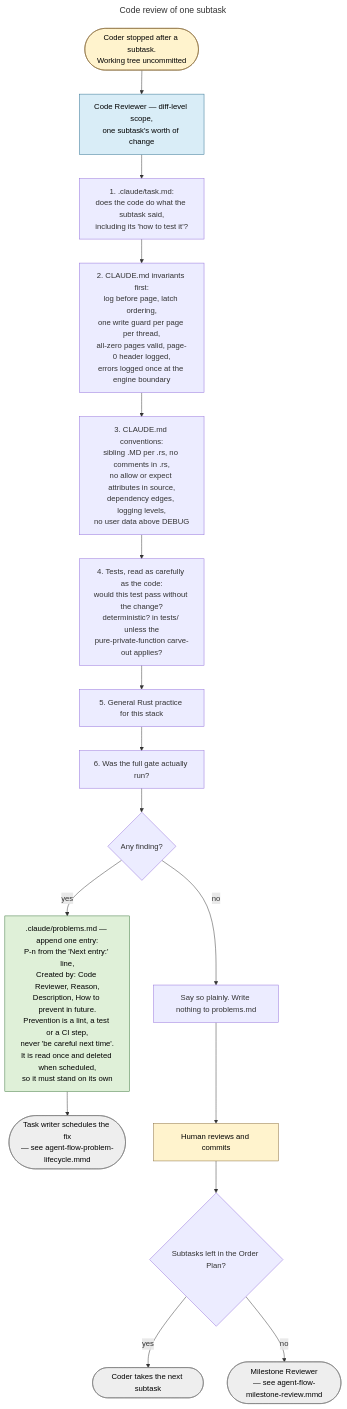
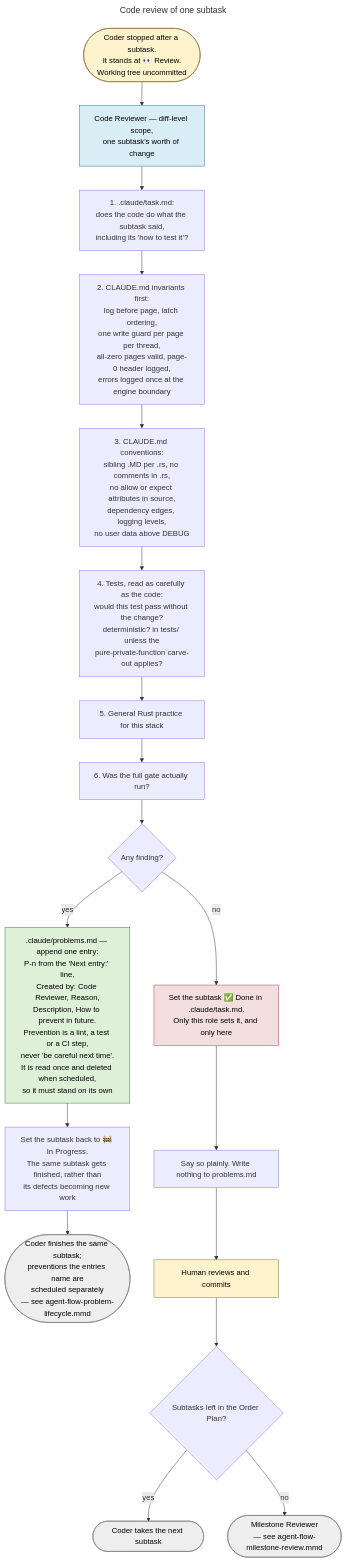
Before and after one commit to Dmitriy-G/simple_rdbms: the diagram in docs/diagrams/agent-flow-code-review.mmd, drawn with Mermaid. The commit also changed 10 other files, not shown here.

Commit message:
Change agents flow

```diff
--- a/docs/diagrams/agent-flow-code-review.mmd
+++ b/docs/diagrams/agent-flow-code-review.mmd
@@ -1,34 +1,38 @@
 ---
 title: Code review of one subtask
 ---
 flowchart TD
     classDef human fill:#fff3cd,stroke:#8a6d3b,color:#000
     classDef role fill:#d9edf7,stroke:#31708f,color:#000
     classDef channel fill:#dff0d8,stroke:#3c763d,color:#000
     classDef stop fill:#eeeeee,stroke:#777,color:#000
 
-    START(["Coder stopped after a subtask.<br/>Working tree uncommitted"]):::human
+    classDef gate fill:#f2dede,stroke:#a94442,color:#000
+
+    START(["Coder stopped after a subtask.<br/>It stands at 👀 Review.<br/>Working tree uncommitted"]):::human
     CR["Code Reviewer — diff-level scope,<br/>one subtask's worth of change"]:::role
 
     C1["1. .claude/task.md:<br/>does the code do what the subtask said,<br/>including its 'how to test it'?"]
     C2["2. CLAUDE.md invariants first:<br/>log before page, latch ordering,<br/>one write guard per page per thread,<br/>all-zero pages valid, page-0 header logged,<br/>errors logged once at the engine boundary"]
     C3["3. CLAUDE.md conventions:<br/>sibling .MD per .rs, no comments in .rs,<br/>no allow or expect attributes in source,<br/>dependency edges, logging levels,<br/>no user data above DEBUG"]
     C4["4. Tests, read as carefully as the code:<br/>would this test pass without the change?<br/>deterministic? in tests/ unless the<br/>pure-private-function carve-out applies?"]
     C5["5. General Rust practice for this stack"]
     C6["6. Was the full gate actually run?"]
 
     FOUND{"Any finding?"}
+    BACKTO["Set the subtask back to 🚧 In Progress.<br/>The same subtask gets finished, rather than<br/>its defects becoming new work"]
+    SETDONE["Set the subtask ✅ Done in .claude/task.md.<br/>Only this role sets it, and only here"]:::gate
     BUGS[".claude/problems.md — append one entry:<br/>P-n from the 'Next entry:' line,<br/>Created by: Code Reviewer, Reason,<br/>Description, How to prevent in future.<br/>Prevention is a lint, a test or a CI step,<br/>never 'be careful next time'.<br/>It is read once and deleted when scheduled,<br/>so it must stand on its own"]:::channel
-    BACK(["Task writer schedules the fix<br/>— see agent-flow-problem-lifecycle.mmd"]):::stop
+    BACK(["Coder finishes the same subtask;<br/>preventions the entries name are<br/>scheduled separately<br/>— see agent-flow-problem-lifecycle.mmd"]):::stop
 
     OK["Say so plainly. Write nothing to problems.md"]
     HUMAN["Human reviews and commits"]:::human
     MORE{"Subtasks left in the Order Plan?"}
     NEXTSUB(["Coder takes the next subtask"]):::stop
     MSREVIEW(["Milestone Reviewer<br/>— see agent-flow-milestone-review.mmd"]):::stop
 
     START --> CR --> C1 --> C2 --> C3 --> C4 --> C5 --> C6 --> FOUND
-    FOUND -- yes --> BUGS --> BACK
-    FOUND -- no --> OK --> HUMAN --> MORE
+    FOUND -- yes --> BUGS --> BACKTO --> BACK
+    FOUND -- no --> SETDONE --> OK --> HUMAN --> MORE
     MORE -- yes --> NEXTSUB
     MORE -- no --> MSREVIEW
```
